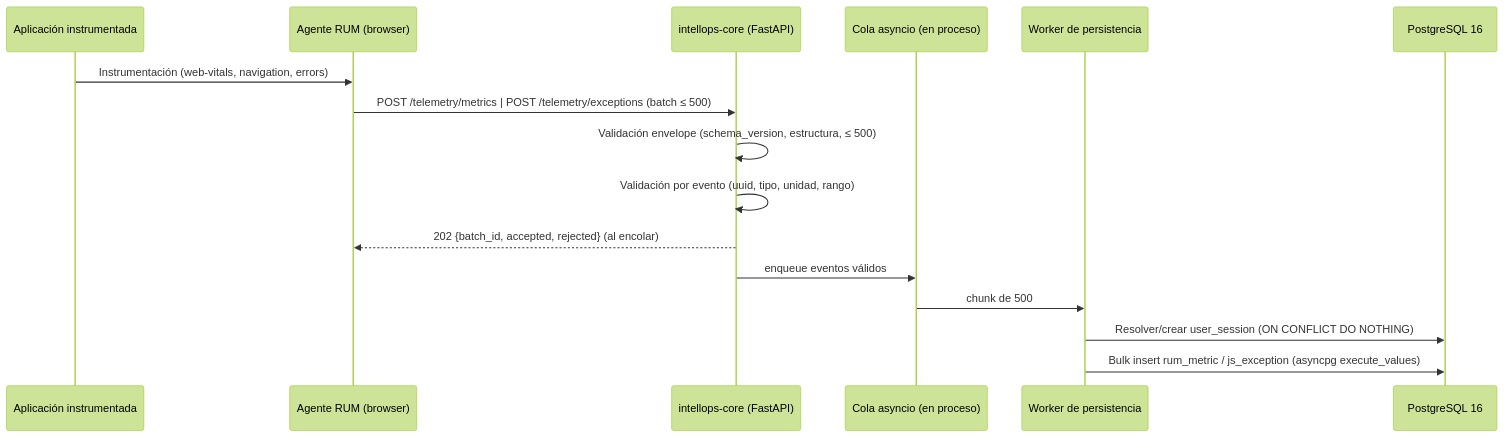
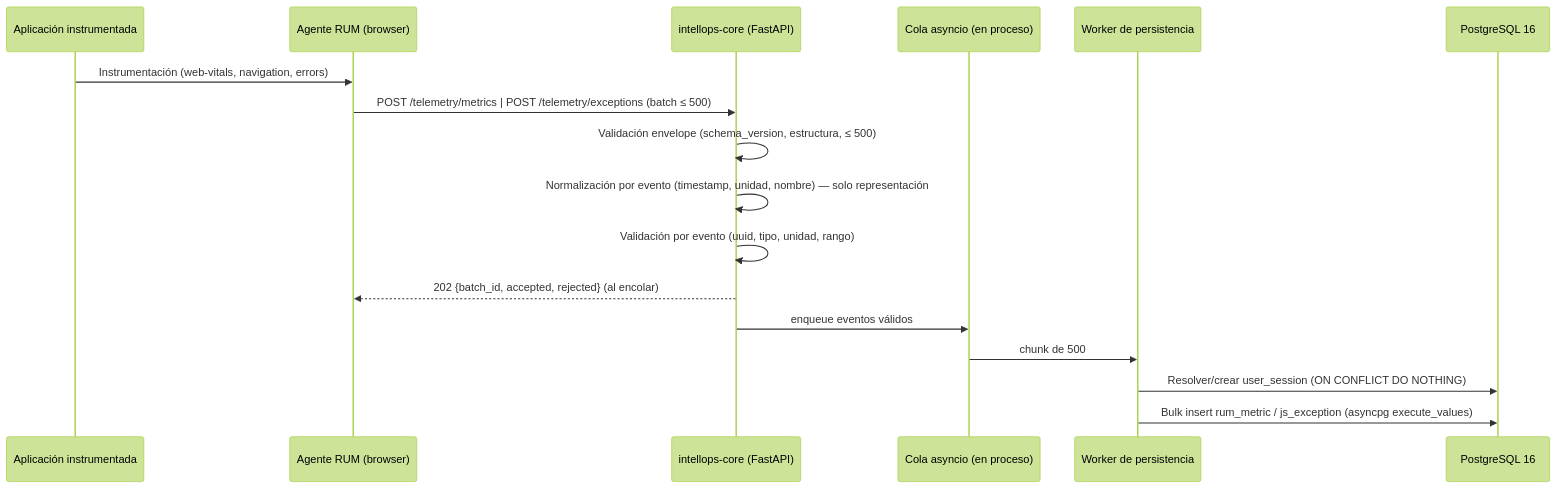
One commit to infraitgidas/intellops changed the diagram in docs/architecture/PipelineIngestaRUM.md. Above: the diagram before and after it, drawn with Mermaid (forest theme). The commit also changed other lines of this file and 8 other files, not shown here.

````diff
--- a/docs/architecture/PipelineIngestaRUM.md
+++ b/docs/architecture/PipelineIngestaRUM.md
@@ -12,19 +12,20 @@
 ```mermaid
 sequenceDiagram
     participant App as Aplicación instrumentada
     participant Agent as Agente RUM (browser)
     participant API as intellops-core (FastAPI)
     participant Q as Cola asyncio (en proceso)
     participant W as Worker de persistencia
     participant DB as PostgreSQL 16
 
     App->>Agent: Instrumentación (web-vitals, navigation, errors)
     Agent->>API: POST /telemetry/metrics | POST /telemetry/exceptions (batch ≤ 500)
     API->>API: Validación envelope (schema_version, estructura, ≤ 500)
+    API->>API: Normalización por evento (timestamp, unidad, nombre) — solo representación
     API->>API: Validación por evento (uuid, tipo, unidad, rango)
     API-->>Agent: 202 {batch_id, accepted, rejected} (al encolar)
     API->>Q: enqueue eventos válidos
     Q->>W: chunk de 500
     W->>DB: Resolver/crear user_session (ON CONFLICT DO NOTHING)
     W->>DB: Bulk insert rum_metric / js_exception (asyncpg execute_values)
 ```
````
